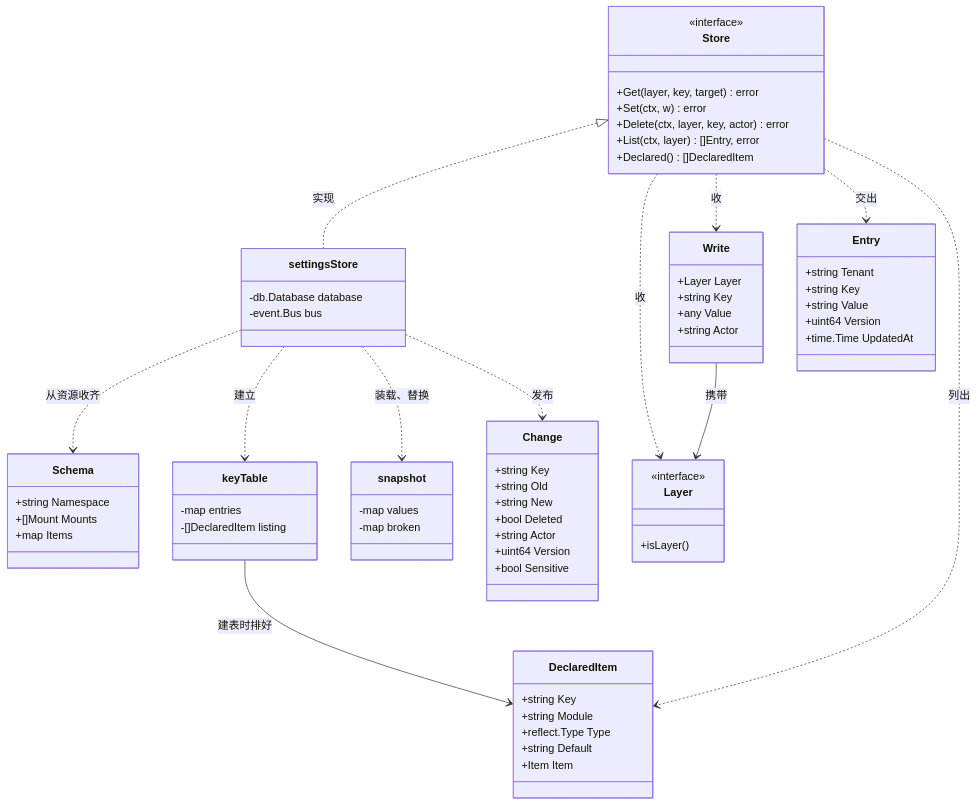
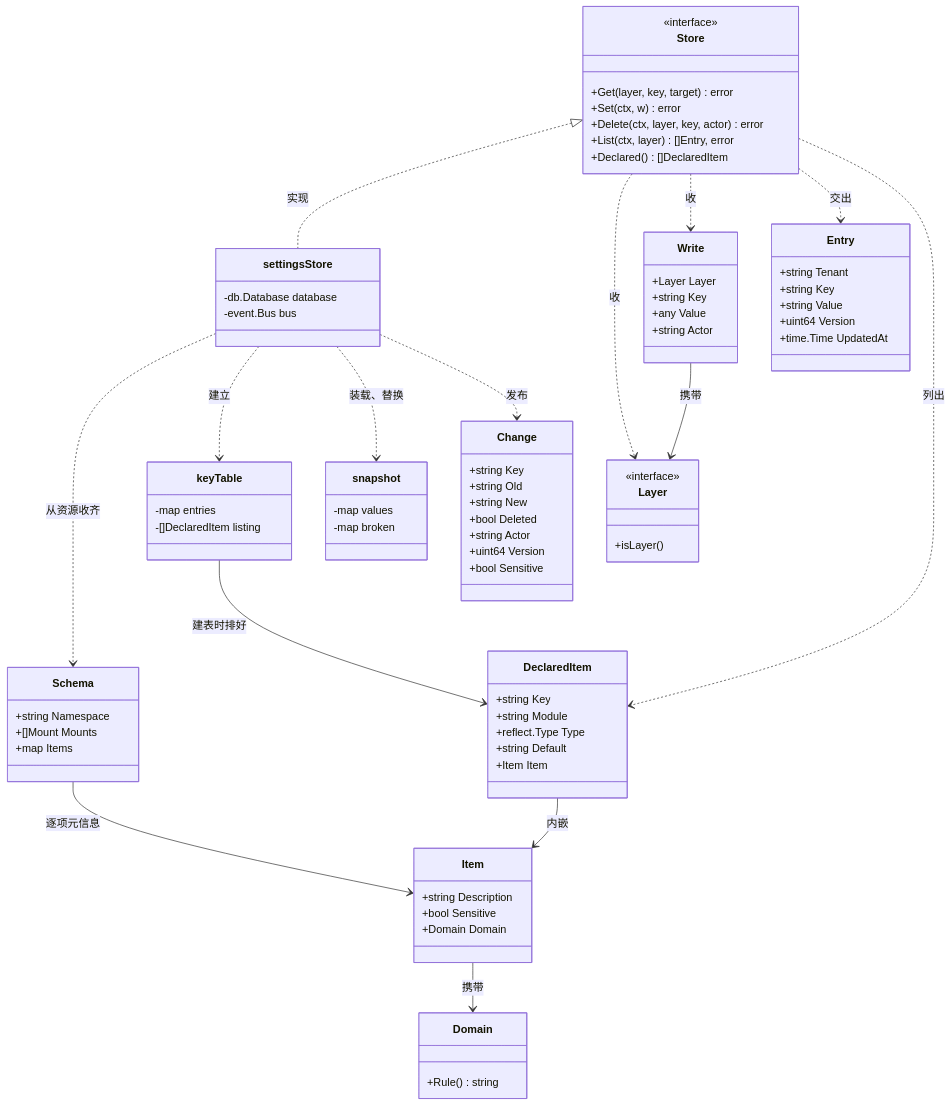
The first of 3 diagrams in docs/design/modules/design-settings.md (wangzw/speed), drawn with Mermaid before and after one commit. The commit also changed other lines of this file and 9 other files, not shown here.

````diff
--- a/docs/design/modules/design-settings.md
+++ b/docs/design/modules/design-settings.md
@@ -334,6 +355,14 @@
         +string Namespace
         +[]Mount Mounts
         +map Items
+    }
+    class Item {
+        +string Description
+        +bool Sensitive
+        +Domain Domain
+    }
+    class Domain {
+        +Rule() string
     }
     class Write {
         +Layer Layer
@@ -379,5 +408,8 @@
     Store ..> Entry : 交出
     Store ..> DeclaredItem : 列出
     keyTable --> DeclaredItem : 建表时排好
+    Schema --> Item : 逐项元信息
+    DeclaredItem --> Item : 内嵌
+    Item --> Domain : 携带
     settingsStore ..> Change : 发布
 ```
````
